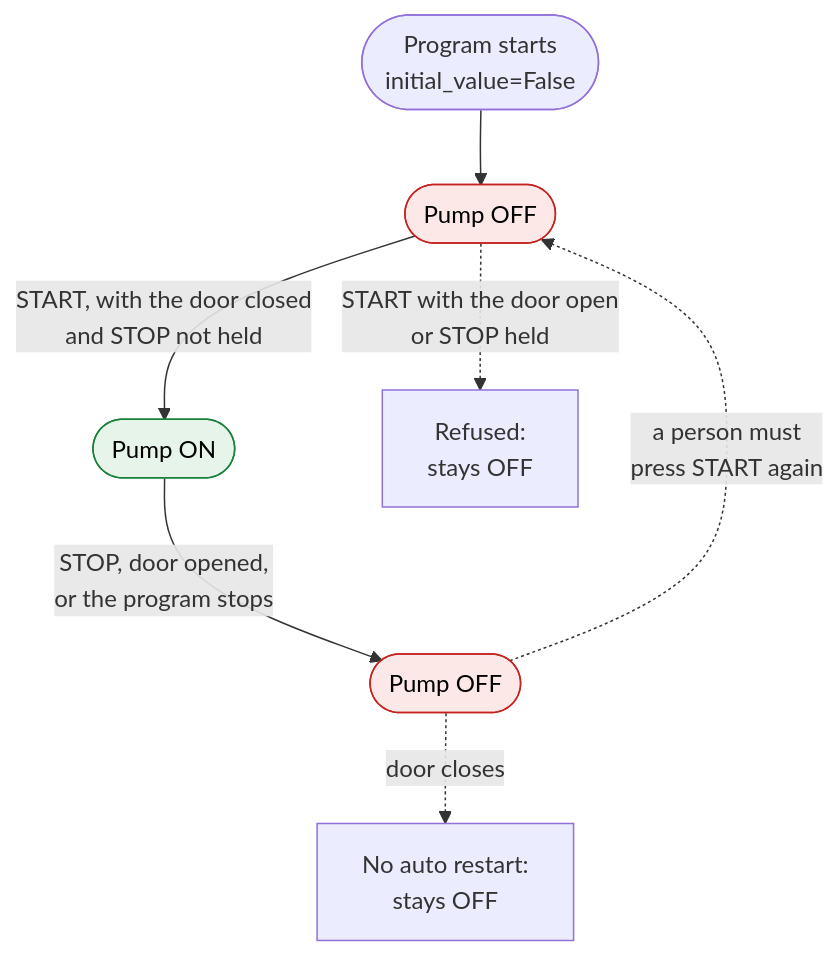
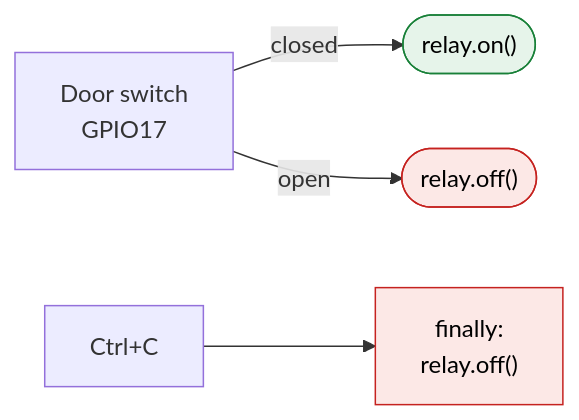
Before and after one commit to luqmanyusof/industrial-iot-raspberry-pi: diagram 13 of 13 in day1.md, drawn with Mermaid. The commit also changed other lines of this file and 34 other files, not shown here.

First line of the commit message:
Basic MQTT, Node-RED pump controls built by hand, GPIO basics on Day 1

````diff
--- a/day1.md
+++ b/day1.md
@@ -1280,13 +1278,10 @@
 ```mermaid
-flowchart TB
-    st(["Program starts<br/>initial_value=False"]) --> OFF(["Pump OFF"])
-    OFF -- "START, with the door closed<br/>and STOP not held" --> ON(["Pump ON"])
-    ON -- "STOP, door opened,<br/>or the program stops" --> OFF2(["Pump OFF"])
-    OFF2 -. "a person must<br/>press START again" .-> OFF
-    OFF -. "START with the door open<br/>or STOP held" .-> ref["Refused:<br/>stays OFF"]
-    OFF2 -. "door closes" .-> stay["No auto restart:<br/>stays OFF"]
+flowchart LR
+    j["Door switch<br/>GPIO17"] -- "closed" --> on(["relay.on()"])
+    j -- "open" --> off(["relay.off()"])
+    stop["Ctrl+C"] --> fin["finally:<br/>relay.off()"]
     classDef on fill:#e6f4ea,stroke:#188038,color:#000
     classDef off fill:#fce8e6,stroke:#c5221f,color:#000
-    class ON on
-    class OFF,OFF2 off
+    class on on
+    class off,fin off
 ```
````
